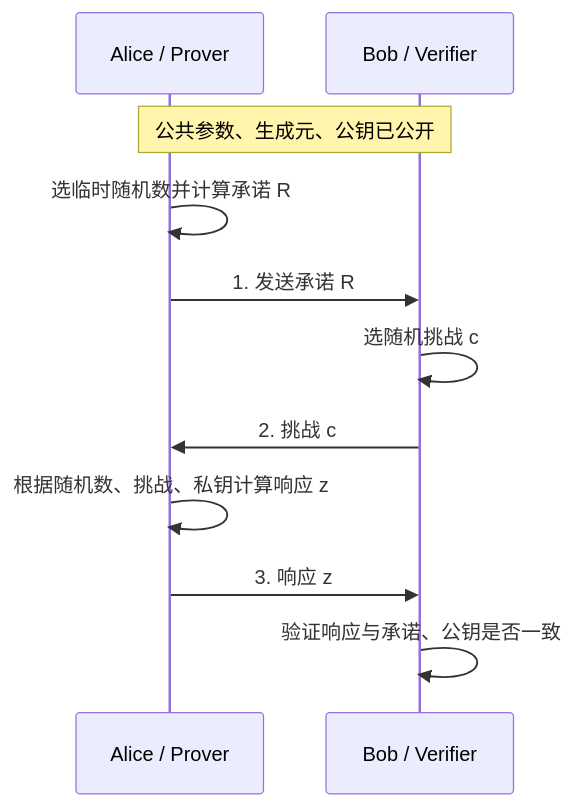
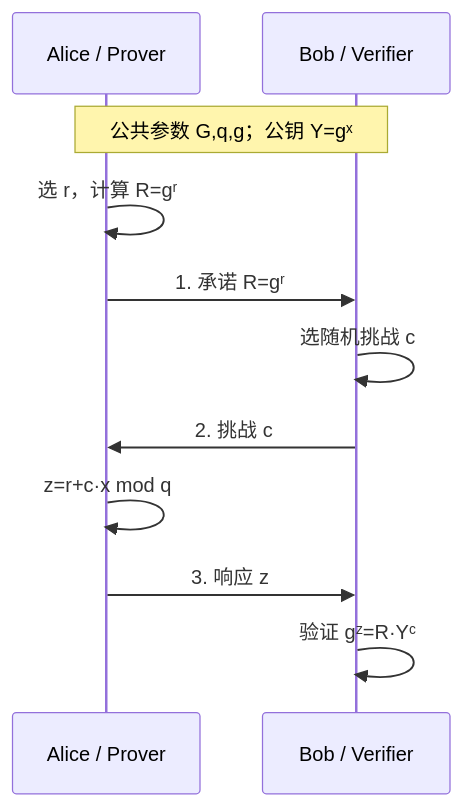
Before and after one commit to 22mouseok-crypto/obsidian-vault: the third of 21 diagrams in 大三下/密码协议/密码协议期末复习-Obsidian视觉版.md, drawn with Mermaid. The commit also changed other lines of this file, not shown here.

````diff
--- a/大三下/密码协议/密码协议期末复习-Obsidian视觉版.md
+++ b/大三下/密码协议/密码协议期末复习-Obsidian视觉版.md
@@ -148,14 +148,14 @@
 ```mermaid
 sequenceDiagram
     participant A as Alice / Prover
     participant B as Bob / Verifier
 
-    Note over A,B: 公共参数、生成元、公钥已公开
-    A->>A: 选临时随机数并计算承诺 R
-    A->>B: 1. 发送承诺 R
+    Note over A,B: 公共参数 G,q,g；公钥 Y=gˣ
+    A->>A: 选 r，计算 R=gʳ
+    A->>B: 1. 承诺 R=gʳ
     B->>B: 选随机挑战 c
     B->>A: 2. 挑战 c
-    A->>A: 根据随机数、挑战、私钥计算响应 z
+    A->>A: z=r+c·x mod q
     A->>B: 3. 响应 z
-    B->>B: 验证响应与承诺、公钥是否一致
+    B->>B: 验证 gᶻ=R·Yᶜ
 ```
````
